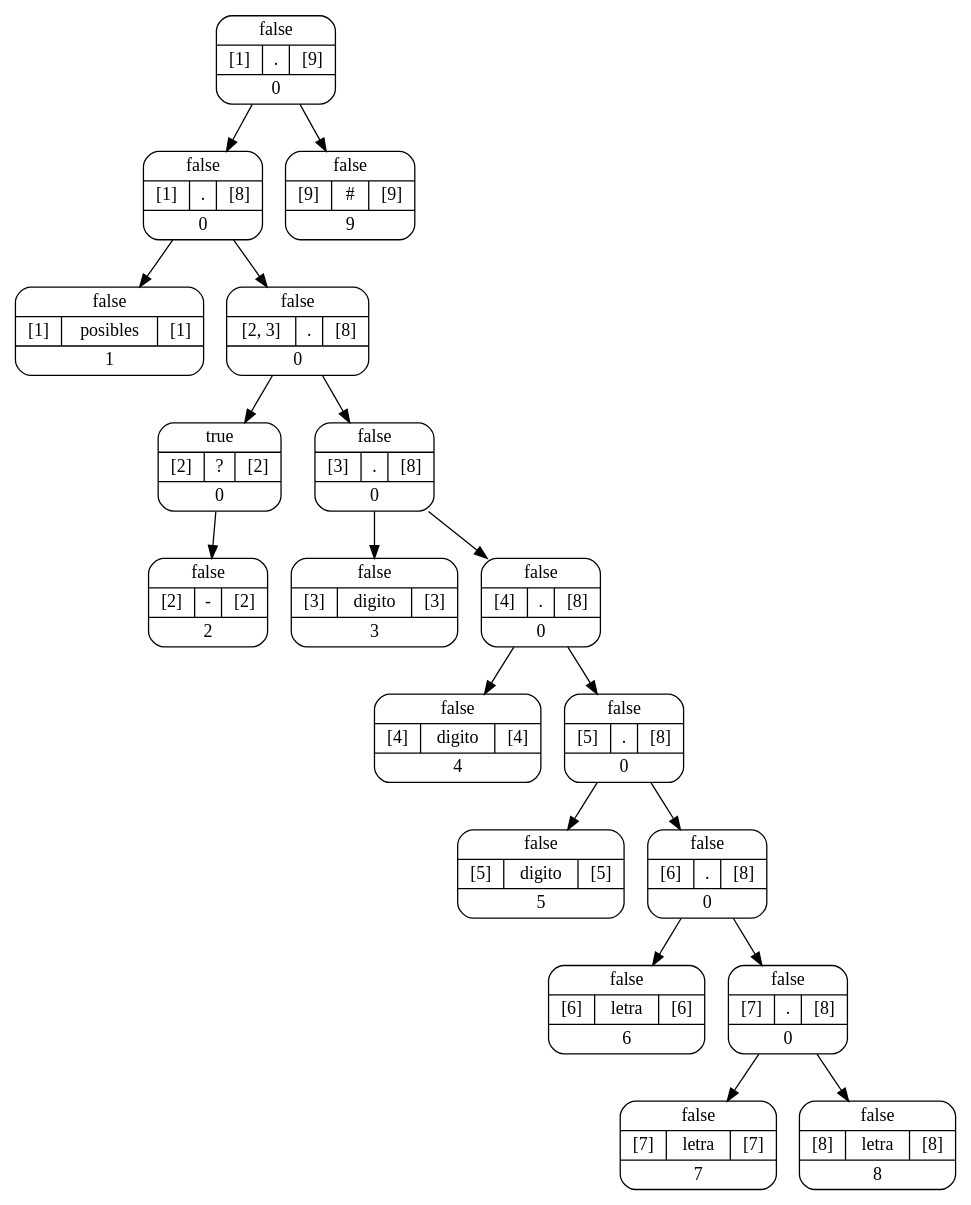
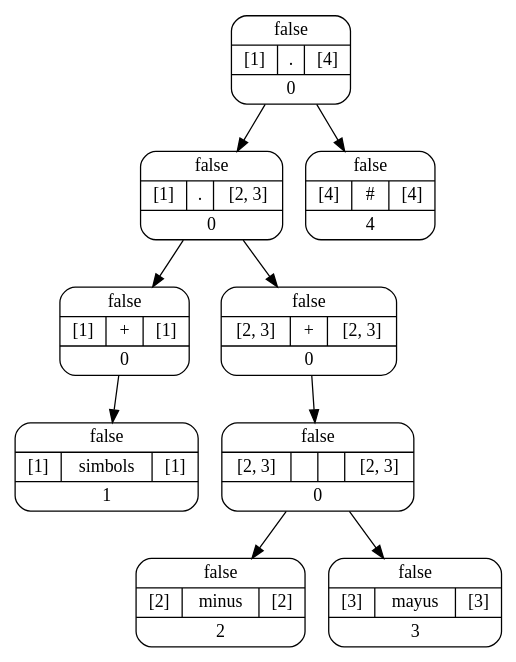
Before and after one commit to Villa01/OLC1-Proyecto1_201900907: the diagram in Salida/ArchivosDot/Grafico0.dot, drawn with Graphviz. The commit also changed 54 other files, not shown here.

```diff
--- a/Salida/ArchivosDot/Grafico0.dot
+++ b/Salida/ArchivosDot/Grafico0.dot
@@ -1,41 +1,23 @@
 digraph Arbol_Sintactico{
 
  node[style=rounded shape=record]
-node0[label = "{false|{[1]|.|[9]}|0}"];
+node0[label = "{false|{[1]|.|[4]}|0}"];
 node0 -> node00
-node00[label = "{false|{[1]|.|[8]}|0}"];
+node00[label = "{false|{[1]|.|[2, 3]}|0}"];
 node00 -> node000
-node000[label = "{false|{[1]|posibles|[1]}|1}"];
+node000[label = "{false|{[1]|+|[1]}|0}"];
+node000 -> node0000
+node0000[label = "{false|{[1]|simbols|[1]}|1}"];
 node00 -> node001
-node001[label = "{false|{[2, 3]|.|[8]}|0}"];
+node001[label = "{false|{[2, 3]|+|[2, 3]}|0}"];
 node001 -> node0010
-node0010[label = "{true|{[2]|?|[2]}|0}"];
+node0010[label = "{false|{[2, 3]|||[2, 3]}|0}"];
 node0010 -> node00100
-node00100[label = "{false|{[2]|-|[2]}|2}"];
-node001 -> node0011
-node0011[label = "{false|{[3]|.|[8]}|0}"];
-node0011 -> node00110
-node00110[label = "{false|{[3]|digito|[3]}|3}"];
-node0011 -> node00111
-node00111[label = "{false|{[4]|.|[8]}|0}"];
-node00111 -> node001110
-node001110[label = "{false|{[4]|digito|[4]}|4}"];
-node00111 -> node001111
-node001111[label = "{false|{[5]|.|[8]}|0}"];
-node001111 -> node0011110
-node0011110[label = "{false|{[5]|digito|[5]}|5}"];
-node001111 -> node0011111
-node0011111[label = "{false|{[6]|.|[8]}|0}"];
-node0011111 -> node00111110
-node00111110[label = "{false|{[6]|letra|[6]}|6}"];
-node0011111 -> node00111111
-node00111111[label = "{false|{[7]|.|[8]}|0}"];
-node00111111 -> node001111110
-node001111110[label = "{false|{[7]|letra|[7]}|7}"];
-node00111111 -> node001111111
-node001111111[label = "{false|{[8]|letra|[8]}|8}"];
+node00100[label = "{false|{[2]|minus|[2]}|2}"];
+node0010 -> node00101
+node00101[label = "{false|{[3]|mayus|[3]}|3}"];
 node0 -> node01
-node01[label = "{false|{[9]|#|[9]}|9}"];
+node01[label = "{false|{[4]|#|[4]}|4}"];
 
 
 }
```
